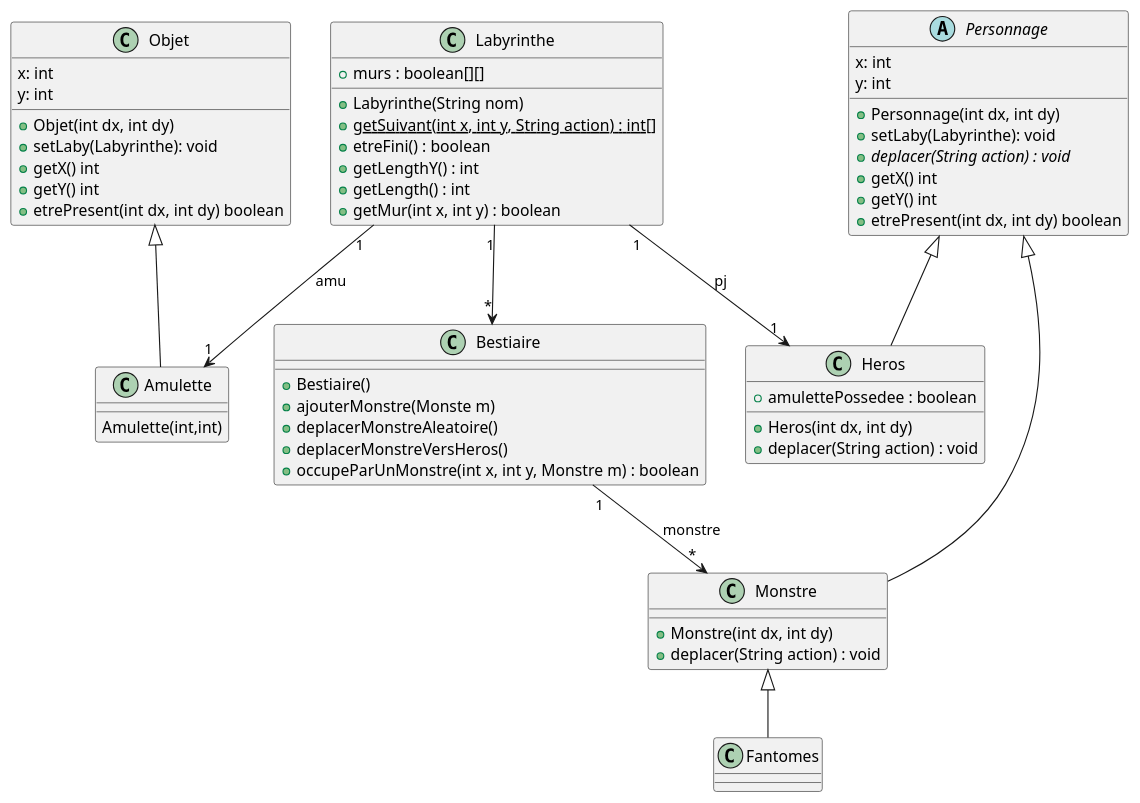
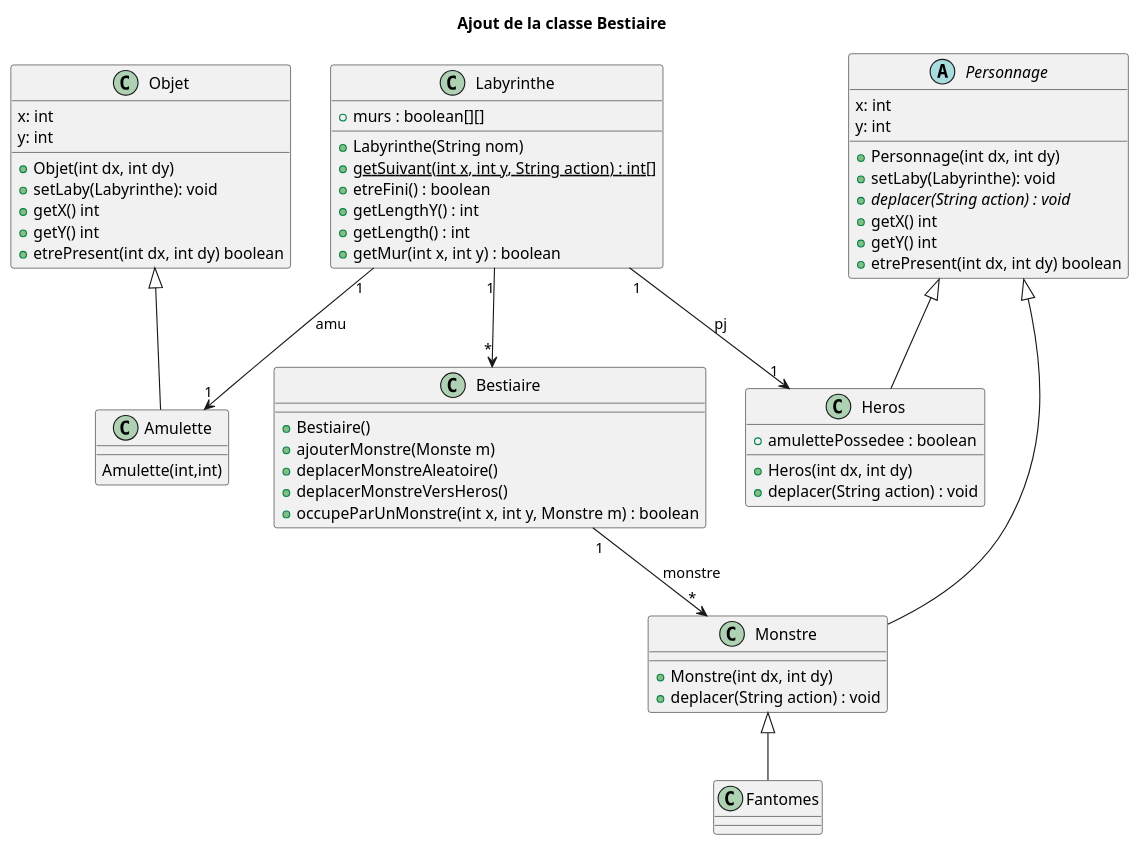
The diagram in documents/version_4/DC_Bestiaire.puml (crochetremi/2025_Zeldiablo2_e20157u_e82008u_e89209u_e26078u), drawn with PlantUML before and after one commit. The commit also changed 4 other files, not shown here.

Commit message:
ajout des titres dans les diagrammes

```diff
--- a/documents/version_4/DC_Bestiaire.puml
+++ b/documents/version_4/DC_Bestiaire.puml
@@ -1,164 +1,164 @@
 @startuml
 
-
+title Ajout de la classe Bestiaire
 
     /'interface Jeu {
             +update(double secondes, Clavier clavier) : void
             +etreFini() : boolean
     }'/
 
     /'class Main {
         +{static} main(String[] args) : void
     }'/
 
     /'class MainLaby {
         +{static} main(String[] args) : void
     }'/
 
     /'class LabyJeu {
         '+laby : Labyrinthe
         +perso : Personnage
         +monstre : Personnage
         +LabyJeu():
         +LabyJeu(String):
         +update(double secondes, Clavier clavier) : void
         +init() : void
         +etreFini() : boolean
     }'/
 
     /'class LabyDessin {
         +dessinerJeu(Jeu jeu, Canvas canvas) : void
     }'/
 
     class Labyrinthe {
         /'
         +{static} MUR : char = 'X'
         +{static} PJ : char = 'P'
         +{static} M : char = 'M'
         +{static} VIDE : char = '.'
         +{static} HAUT : String = "Haut"
         +{static} BAS : String = "Bas"
         +{static} GAUCHE : String = "Gauche"
         +{static} DROITE : String = "Droite"
         '/
         +murs : boolean[][]
         +Labyrinthe(String nom)
         +{static} getSuivant(int x, int y, String action) : int[]
         +etreFini() : boolean
         +getLengthY() : int
         +getLength() : int
         +getMur(int x, int y) : boolean
     }
 
     class Bestiaire {
         +Bestiaire()
         +ajouterMonstre(Monste m)
         +deplacerMonstreAleatoire()
         +deplacerMonstreVersHeros()
         +occupeParUnMonstre(int x, int y, Monstre m) : boolean
     }
 
     abstract class Personnage {
         x: int
         y: int
         +Personnage(int dx, int dy)
         +setLaby(Labyrinthe): void
         +{abstract} deplacer(String action) : void
         +getX() int
         +getY() int
         +etrePresent(int dx, int dy) boolean
     }
 
 
 
     class Heros {
         + amulettePossedee : boolean
         +Heros(int dx, int dy)
         +deplacer(String action) : void
     }
 
     class Monstre {
         +Monstre(int dx, int dy)
         +deplacer(String action) : void
     }
 
     class Fantomes{
     }
 
     class Objet{
         x: int
         y: int
         +Objet(int dx, int dy)
         +setLaby(Labyrinthe): void
         +getX() int
         +getY() int
         +etrePresent(int dx, int dy) boolean
     }
 
     class Amulette{
         Amulette(int,int)
     }
 
 
 package "moteurJeu" {
     interface Jeu {
         +update(double secondes, Clavier clavier) : void
         +etreFini() : boolean
     }
 
     interface DessinJeu {
         +dessinerJeu(Jeu jeu, Canvas canvas) : void
     }
 
     class Clavier {
         +bas : boolean
         +haut : boolean
         +gauche : boolean
         +droite : boolean
     }
 
     class MoteurJeu {
         +{static} setTaille(int width, int height) : void
         +{static} setFPS(int fps) : void
         +{static} launch(Jeu jeu, DessinJeu dessin) : void
     }
 }
 
 ' Relations
 /'Jeu <|.. LabyJeu
 DessinJeu <|.. LabyDessin
 
 Labyrinthe --> Monstre
 Labyrinthe --> Heros
 
 
 LabyJeu --> Labyrinthe : contains
 Personnage <|-- Heros
 Personnage <|-- Monstre
 Labyrinthe --> Personnage
 
 
 Main ..> Labyrinthe : uses
 MainLaby ..> LabyJeu : creates
 MainLaby ..> LabyDessin : creates
 MainLaby ..> MoteurJeu : uses
 
 LabyJeu ..> Clavier : uses
 LabyDessin ..> LabyJeu : uses
 '/
 
 Labyrinthe "1" --> "*" Bestiaire
 Bestiaire "1" --> "*" Monstre : monstre
 Labyrinthe "1" --> "1" Heros : pj
 Labyrinthe "1" --> "1" Amulette : amu
 
 Personnage <|-- Heros
 Personnage <|-- Monstre
 Monstre <|-- Fantomes
 Objet <|-- Amulette
 
 
 
 remove moteurJeu
 
 @enduml
```
